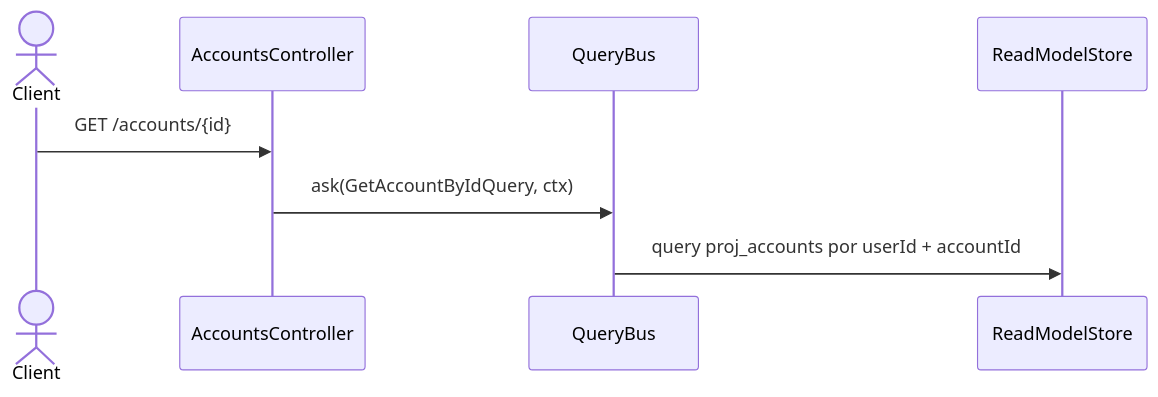
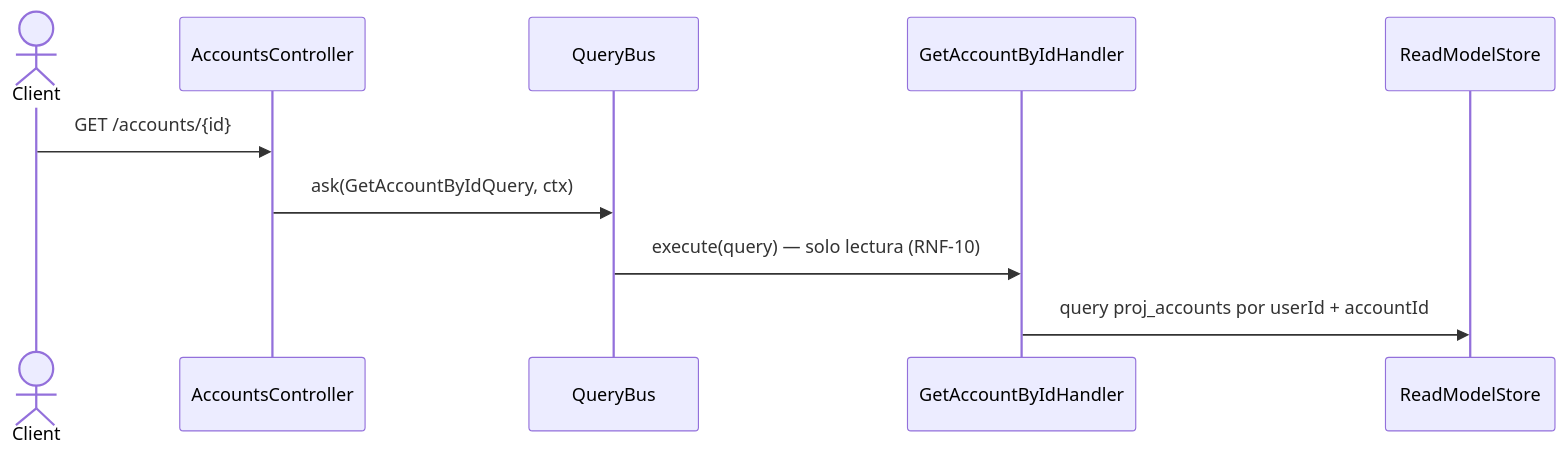
One commit to cristsr/admin-backend changed the diagram in apps/ledger/docs/accounts/flows/get-account-by-id.md. Above: the diagram before and after it, drawn with Mermaid. The commit also changed 7 other files, not shown here.

First line of the commit message:
docs(ledger): name the query handlers the sequence diagrams skipped

````diff
--- a/apps/ledger/docs/accounts/flows/get-account-by-id.md
+++ b/apps/ledger/docs/accounts/flows/get-account-by-id.md
@@ -20,11 +20,13 @@
 ```mermaid
 sequenceDiagram
   actor Client
   participant C as AccountsController
   participant QB as QueryBus
+  participant H as GetAccountByIdHandler
   participant RM as ReadModelStore
 
   Client->>C: GET /accounts/{id}
   C->>QB: ask(GetAccountByIdQuery, ctx)
-  QB->>RM: query proj_accounts por userId + accountId
+  QB->>H: execute(query) — solo lectura (RNF-10)
+  H->>RM: query proj_accounts por userId + accountId
 ```
````
